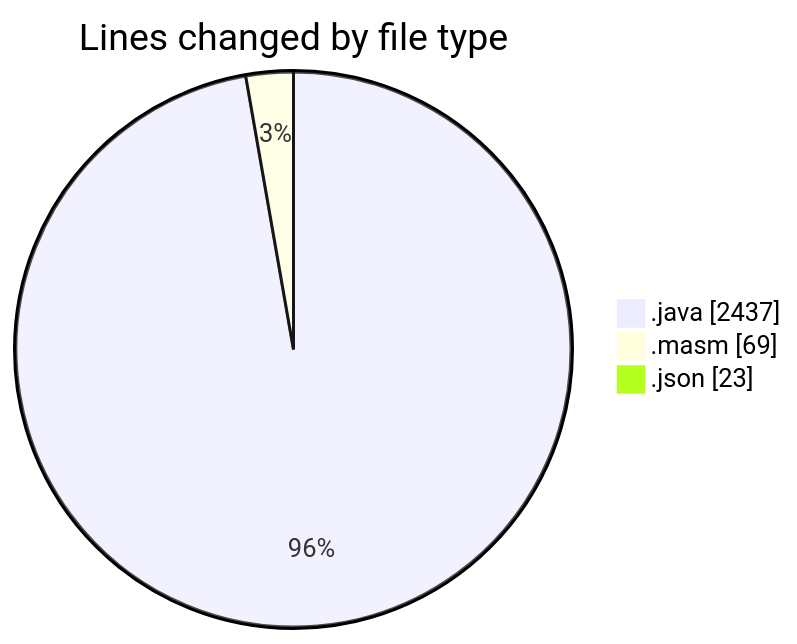
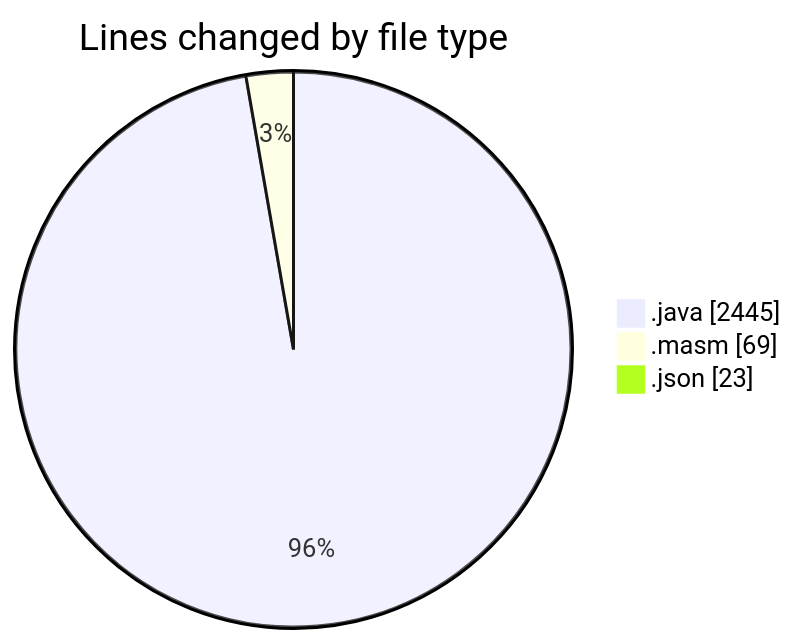
Before and after one commit to charlie-sans/code-tracking: the first of 2 diagrams in 2025-02-19/masm/README.md, drawn with Mermaid. The commit also changed other lines of this file and 1 other file, not shown here.

````diff
--- a/2025-02-19/masm/README.md
+++ b/2025-02-19/masm/README.md
@@ -27,7 +27,7 @@
 ```mermaid
 pie showData
 title Lines changed by file type
-".java" : 2437
+".java" : 2445
 ".masm" : 69
 ".json" : 23
 ```
````
